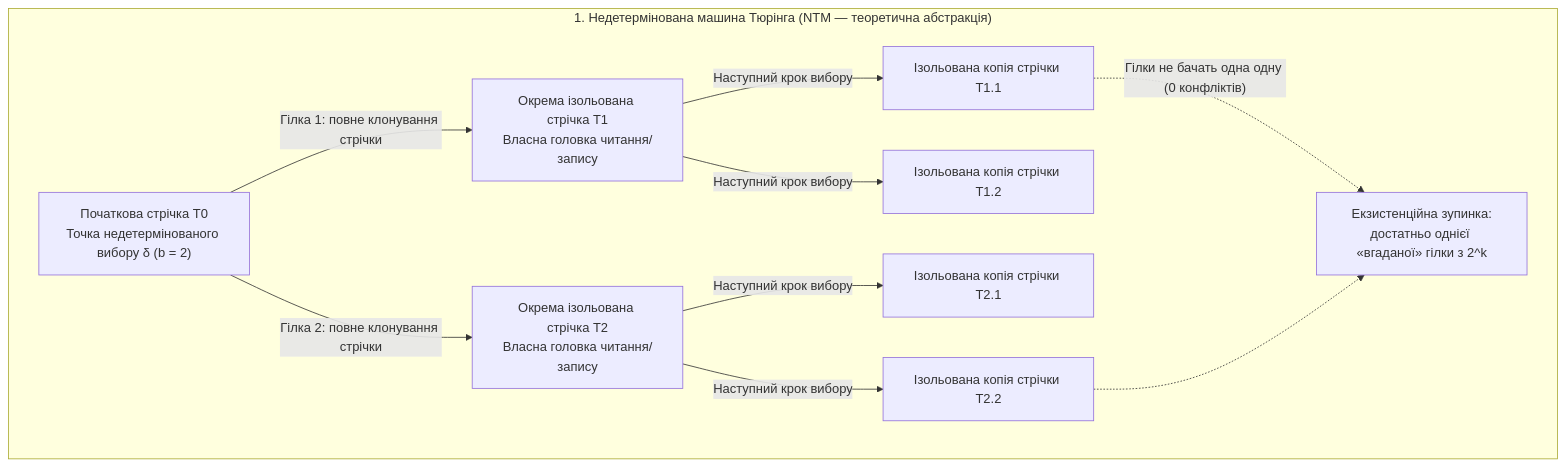
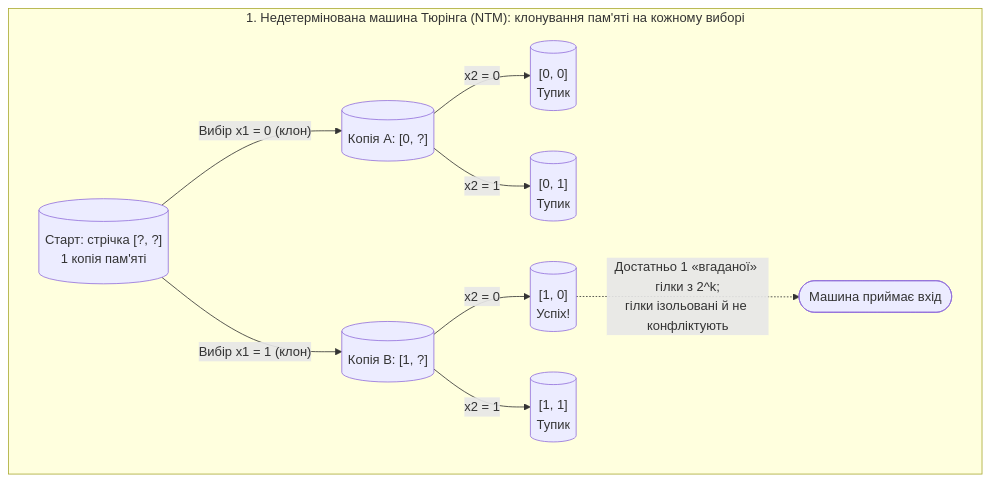
Before and after one commit to nick-fedchik/kuzmin-machine: the fourth of 7 diagrams in Articles/DOU_Article_Kuzmin_Machine_Popular_UA.md, drawn with Mermaid. The commit also changed other lines of this file, not shown here.

Commit message:
docs(articles): update DOU popular article Mermaid diagrams and clean header (v1.2.0)

````diff
--- a/Articles/DOU_Article_Kuzmin_Machine_Popular_UA.md
+++ b/Articles/DOU_Article_Kuzmin_Machine_Popular_UA.md
@@ -168,13 +210,13 @@
 ```mermaid
-flowchart TD
-    subgraph NTM["1. Недетермінована машина Тюрінга (NTM — теоретична абстракція)"]
-        T0["Початкова стрічка T0<br/>Точка недетермінованого вибору δ (b = 2)"] -->|"Гілка 1: повне клонування стрічки"| TA["Окрема ізольована стрічка T1<br/>Власна головка читання/запису"]
-        T0 -->|"Гілка 2: повне клонування стрічки"| TB["Окрема ізольована стрічка T2<br/>Власна головка читання/запису"]
-        TA -->|"Наступний крок вибору"| TA1["Ізольована копія стрічки T1.1"]
-        TA -->|"Наступний крок вибору"| TA2["Ізольована копія стрічки T1.2"]
-        TB -->|"Наступний крок вибору"| TB1["Ізольована копія стрічки T2.1"]
-        TB -->|"Наступний крок вибору"| TB2["Ізольована копія стрічки T2.2"]
-        TA1 -.->|"Гілки не бачать одна одну (0 конфліктів)"| AcceptNTM["Екзистенційна зупинка:<br/>достатньо однієї «вгаданої» гілки з 2^k"]
-        TB2 -.-> AcceptNTM
+flowchart TB
+    subgraph NTM["1. Недетермінована машина Тюрінга (NTM): клонування пам'яті на кожному виборі"]
+        Start[("Старт: стрічка [?, ?]<br/>1 копія пам'яті")]
+        Start -->|"Вибір x1 = 0 (клон)"| A[("Копія A: [0, ?]")]
+        Start -->|"Вибір x1 = 1 (клон)"| B[("Копія B: [1, ?]")]
+        A -->|"x2 = 0"| A0[("[0, 0]<br/>Тупик")]
+        A -->|"x2 = 1"| A1[("[0, 1]<br/>Тупик")]
+        B -->|"x2 = 0"| B0[("[1, 0]<br/>Успіх!")]
+        B -->|"x2 = 1"| B1[("[1, 1]<br/>Тупик")]
+        B0 -.->|"Достатньо 1 «вгаданої» гілки з 2^k;<br/>гілки ізольовані й не конфліктують"| Done(["Машина приймає вхід"])
     end
 ```
````
